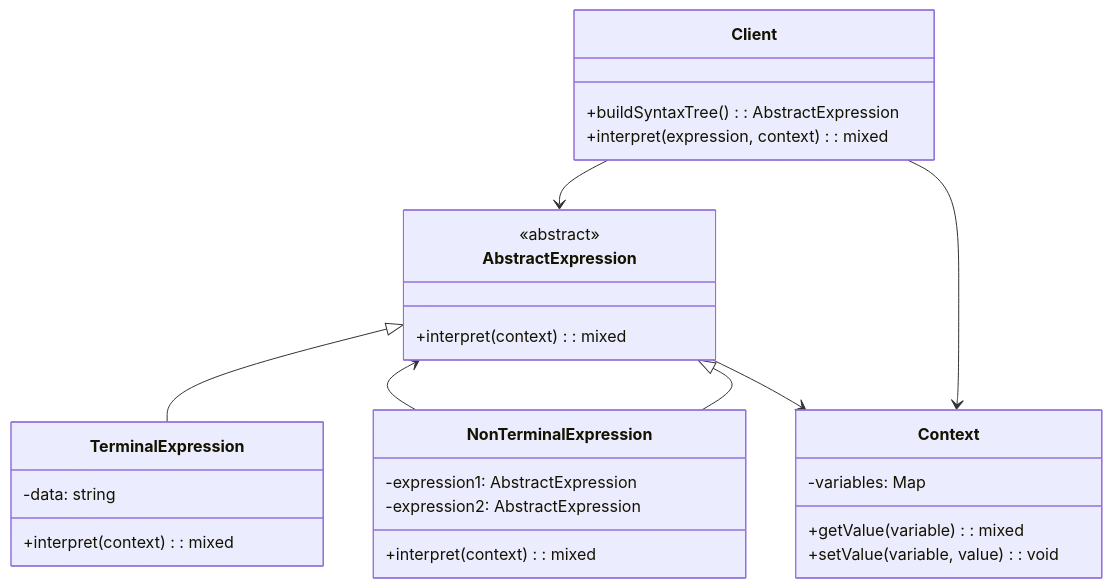
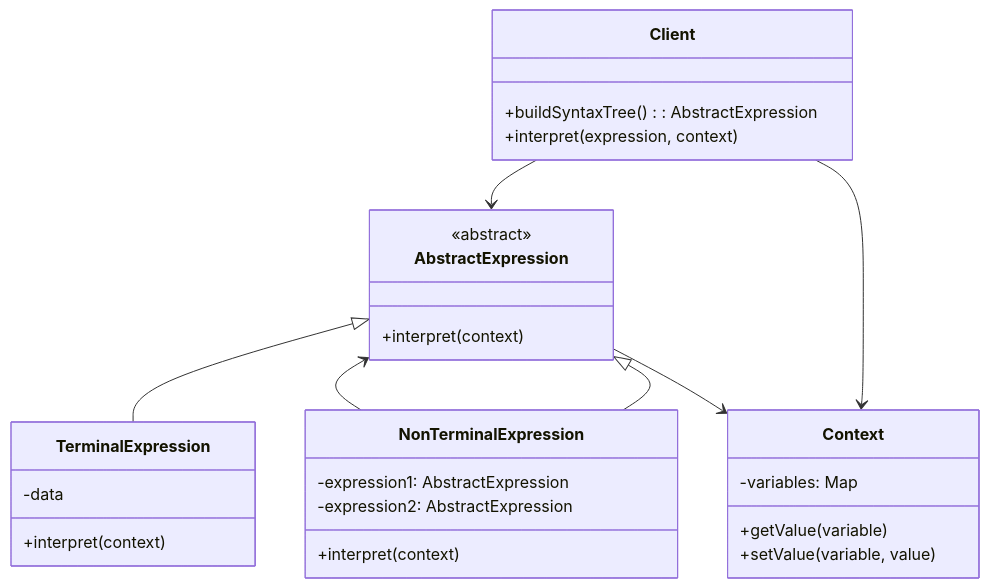
The first of 2 diagrams in resources/design-patterns/laravel/behavioral/interpreter_en.md (fanly/DesignPattern), drawn with Mermaid before and after one commit. The commit also changed other lines of this file and 103 other files, not shown here.

````diff
--- a/resources/design-patterns/laravel/behavioral/interpreter_en.md
+++ b/resources/design-patterns/laravel/behavioral/interpreter_en.md
@@ -10,36 +10,36 @@
 ```mermaid
 classDiagram
     class AbstractExpression {
         <<abstract>>
-        +interpret(context): mixed
+        +interpret(context)
     }
     
     class TerminalExpression {
-        -data: string
-        +interpret(context): mixed
+        -data
+        +interpret(context)
     }
     
     class NonTerminalExpression {
         -expression1: AbstractExpression
         -expression2: AbstractExpression
-        +interpret(context): mixed
+        +interpret(context)
     }
     
     class Context {
         -variables: Map
-        +getValue(variable): mixed
-        +setValue(variable, value): void
+        +getValue(variable)
+        +setValue(variable, value)
     }
     
     class Client {
         +buildSyntaxTree(): AbstractExpression
-        +interpret(expression, context): mixed
+        +interpret(expression, context)
     }
     
     AbstractExpression <|-- TerminalExpression
     AbstractExpression <|-- NonTerminalExpression
     NonTerminalExpression --> AbstractExpression
     Client --> AbstractExpression
     Client --> Context
     AbstractExpression --> Context
 ```
````
